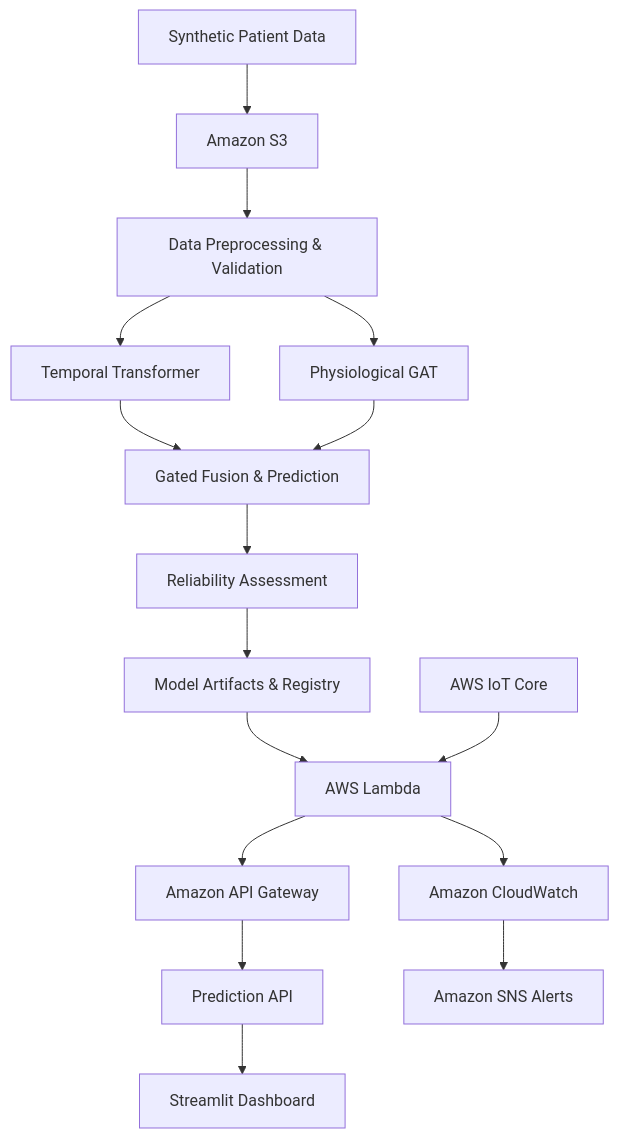
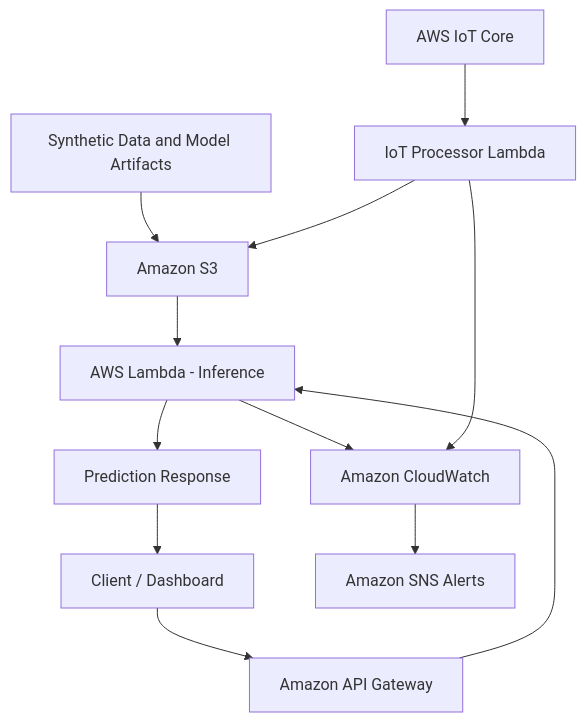
The second of 2 diagrams in README.md (kishore-17022007/Metacognitive-Multimodal-Temporal-Learning-for-Early-Prediction-of-Acute-Respiratory-Failure), drawn with Mermaid before and after one commit. The commit also changed other lines of this file, not shown here.

First line of the commit message:
Revise README with project and architecture updates

````diff
--- a/README.md
+++ b/README.md
@@ -10,25 +27,14 @@
 ```mermaid
 flowchart TD
-    A["Synthetic Patient Data"] --> B["Amazon S3"]
-    B --> C["Data Preprocessing & Validation"]
-
-    C --> D["Temporal Transformer"]
-    C --> E["Physiological GAT"]
-
-    D --> F["Gated Fusion & Prediction"]
-    E --> F
-
-    F --> G["Reliability Assessment"]
-    G --> H["Model Artifacts & Registry"]
-
-    H --> I["AWS Lambda"]
-    I --> J["Amazon API Gateway"]
-    J --> K["Prediction API"]
-
-    K --> L["Streamlit Dashboard"]
-
-    I --> M["Amazon CloudWatch"]
-    M --> N["Amazon SNS Alerts"]
-
-    O["AWS IoT Core"] --> I
+    A["Synthetic Data and Model Artifacts"] --> B["Amazon S3"]
+    B --> C["AWS Lambda - Inference"]
+    D["Client / Dashboard"] --> E["Amazon API Gateway"]
+    E --> C
+    C --> F["Prediction Response"]
+    F --> D
+    G["AWS IoT Core"] --> H["IoT Processor Lambda"]
+    H --> B
+    C --> I["Amazon CloudWatch"]
+    H --> I
+    I --> J["Amazon SNS Alerts"]
 ```
````
